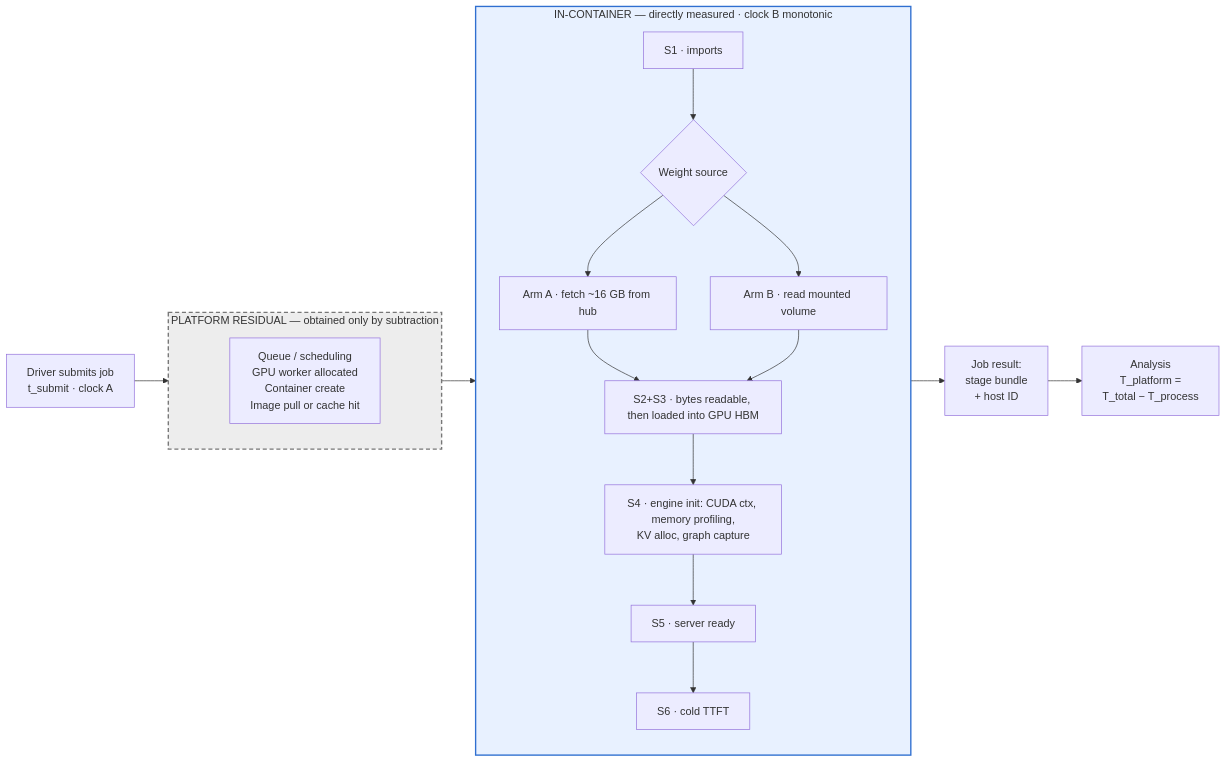
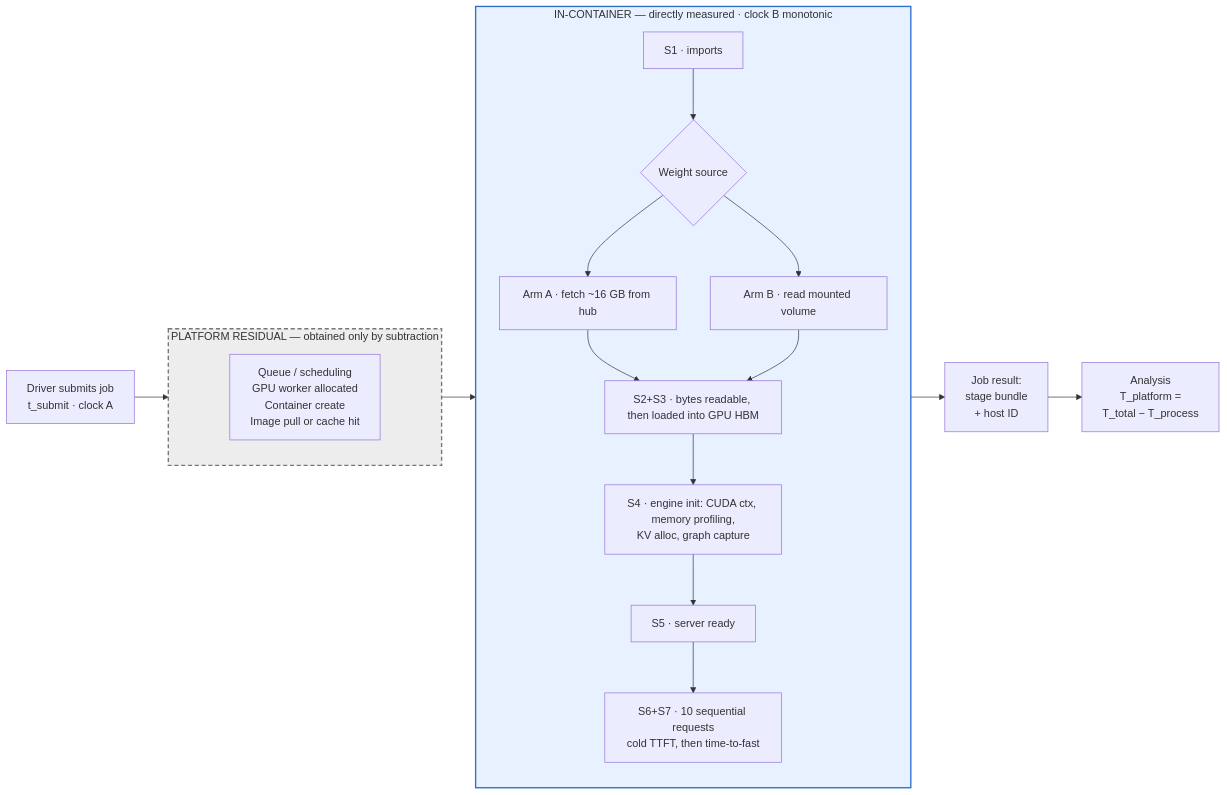
The first of 2 diagrams in docs/superpowers/specs/2026-08-17-cold-start-decomposition-design.md (alexostapiuk11/coldstart-recon-worker), drawn with Mermaid before and after one commit. The commit also changed other lines of this file, not shown here.

````diff
--- a/docs/superpowers/specs/2026-08-17-cold-start-decomposition-design.md
+++ b/docs/superpowers/specs/2026-08-17-cold-start-decomposition-design.md
@@ -162,33 +162,33 @@
 ```mermaid
 flowchart LR
     SUB["Driver submits job<br/>t_submit · clock A"]
 
     subgraph PLAT["PLATFORM RESIDUAL — obtained only by subtraction"]
         direction TB
         P["Queue / scheduling<br/>GPU worker allocated<br/>Container create<br/>Image pull or cache hit"]
     end
 
     subgraph CONT["IN-CONTAINER — directly measured · clock B monotonic"]
         direction TB
         C1["S1 · imports"]
         C2{"Weight source"}
         C3A["Arm A · fetch ~16 GB from hub"]
         C3B["Arm B · read mounted volume"]
         C4["S2+S3 · bytes readable, then loaded into GPU HBM"]
         C5["S4 · engine init: CUDA ctx, memory profiling,<br/>KV alloc, graph capture"]
         C6["S5 · server ready"]
-        C7["S6 · cold TTFT"]
+        C7["S6+S7 · 10 sequential requests<br/>cold TTFT, then time-to-fast"]
         C1 --> C2
         C2 --> C3A --> C4
         C2 --> C3B --> C4
         C4 --> C5 --> C6 --> C7
     end
 
     OUT["Job result:<br/>stage bundle<br/>+ host ID"]
     ANA["Analysis<br/>T_platform =<br/>T_total − T_process"]
 
     SUB --> PLAT --> CONT --> OUT --> ANA
 
     style PLAT fill:#ededed,stroke:#777777,stroke-width:2px,stroke-dasharray:6 4
     style CONT fill:#e8f1ff,stroke:#2f6fd0,stroke-width:2px
 ```
````
